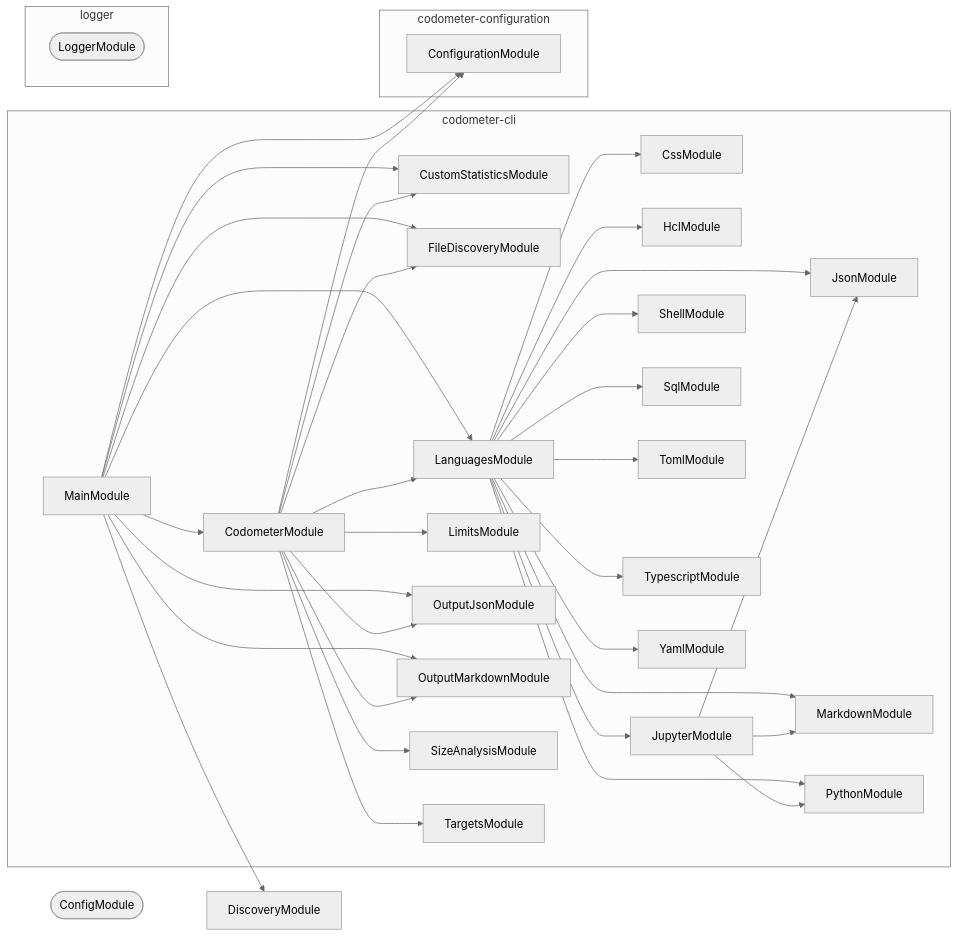
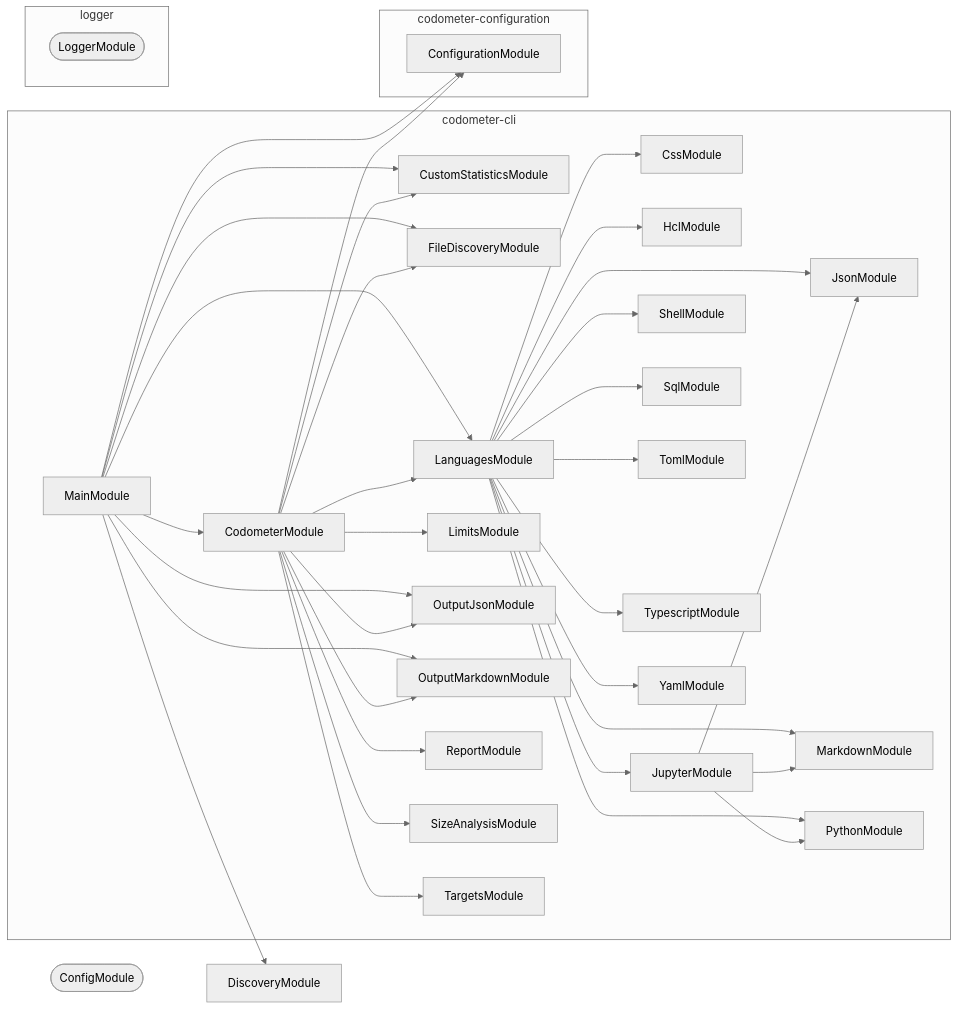
Before and after one commit to JimmyPaolini/codebase: the diagram in packages/codometer-cli/AGENTS.md, drawn with Mermaid (neutral theme). The commit also changed 50 other files, not shown here.

Commit message:
feat(codometer): ✨ add the flag surface and native report

````diff
--- a/packages/codometer-cli/AGENTS.md
+++ b/packages/codometer-cli/AGENTS.md
@@ -58,65 +58,67 @@
 ```mermaid
 flowchart LR
   subgraph group0["codometer-cli"]
     CodometerModule
     CssModule
     CustomStatisticsModule
     FileDiscoveryModule
     HclModule
     JsonModule
     JupyterModule
     LanguagesModule
     LimitsModule
     MainModule
     MarkdownModule
     OutputJsonModule
     OutputMarkdownModule
     PythonModule
+    ReportModule
     ShellModule
     SizeAnalysisModule
     SqlModule
     TargetsModule
     TomlModule
     TypescriptModule
     YamlModule
   end
   subgraph group1["codometer-configuration"]
     ConfigurationModule
   end
   subgraph group2["logger"]
     LoggerModule([LoggerModule])
   end
   ConfigModule([ConfigModule])
   DiscoveryModule
   CodometerModule --> ConfigurationModule
   CodometerModule --> CustomStatisticsModule
   CodometerModule --> FileDiscoveryModule
   CodometerModule --> LanguagesModule
   CodometerModule --> LimitsModule
   CodometerModule --> OutputJsonModule
   CodometerModule --> OutputMarkdownModule
+  CodometerModule --> ReportModule
   CodometerModule --> SizeAnalysisModule
   CodometerModule --> TargetsModule
   JupyterModule --> JsonModule
   JupyterModule --> MarkdownModule
   JupyterModule --> PythonModule
   LanguagesModule --> CssModule
   LanguagesModule --> HclModule
   LanguagesModule --> JsonModule
   LanguagesModule --> JupyterModule
   LanguagesModule --> MarkdownModule
   LanguagesModule --> PythonModule
   LanguagesModule --> ShellModule
   LanguagesModule --> SqlModule
   LanguagesModule --> TomlModule
   LanguagesModule --> TypescriptModule
   LanguagesModule --> YamlModule
   MainModule --> CodometerModule
   MainModule --> ConfigurationModule
   MainModule --> CustomStatisticsModule
   MainModule --> DiscoveryModule
   MainModule --> FileDiscoveryModule
   MainModule --> LanguagesModule
   MainModule --> OutputJsonModule
   MainModule --> OutputMarkdownModule
 ```
````
